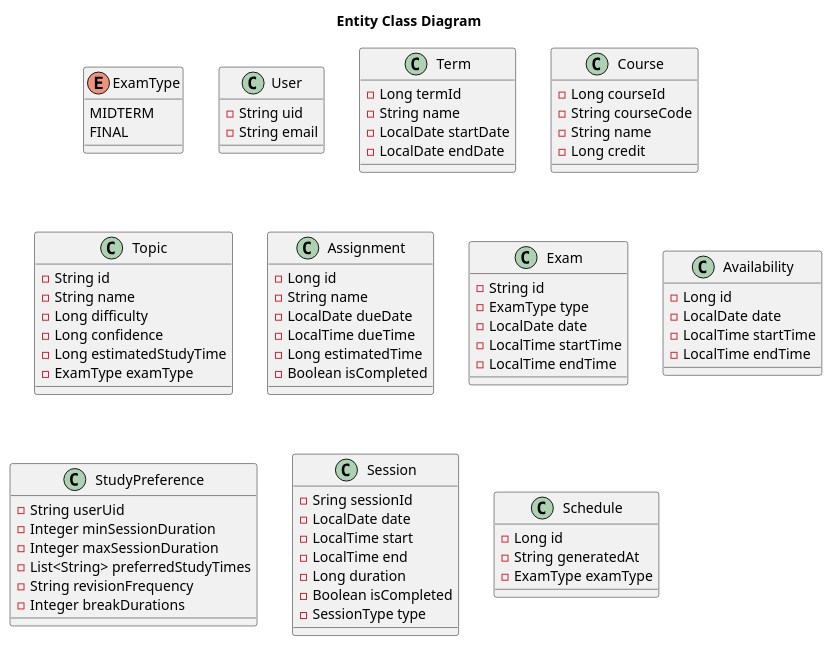
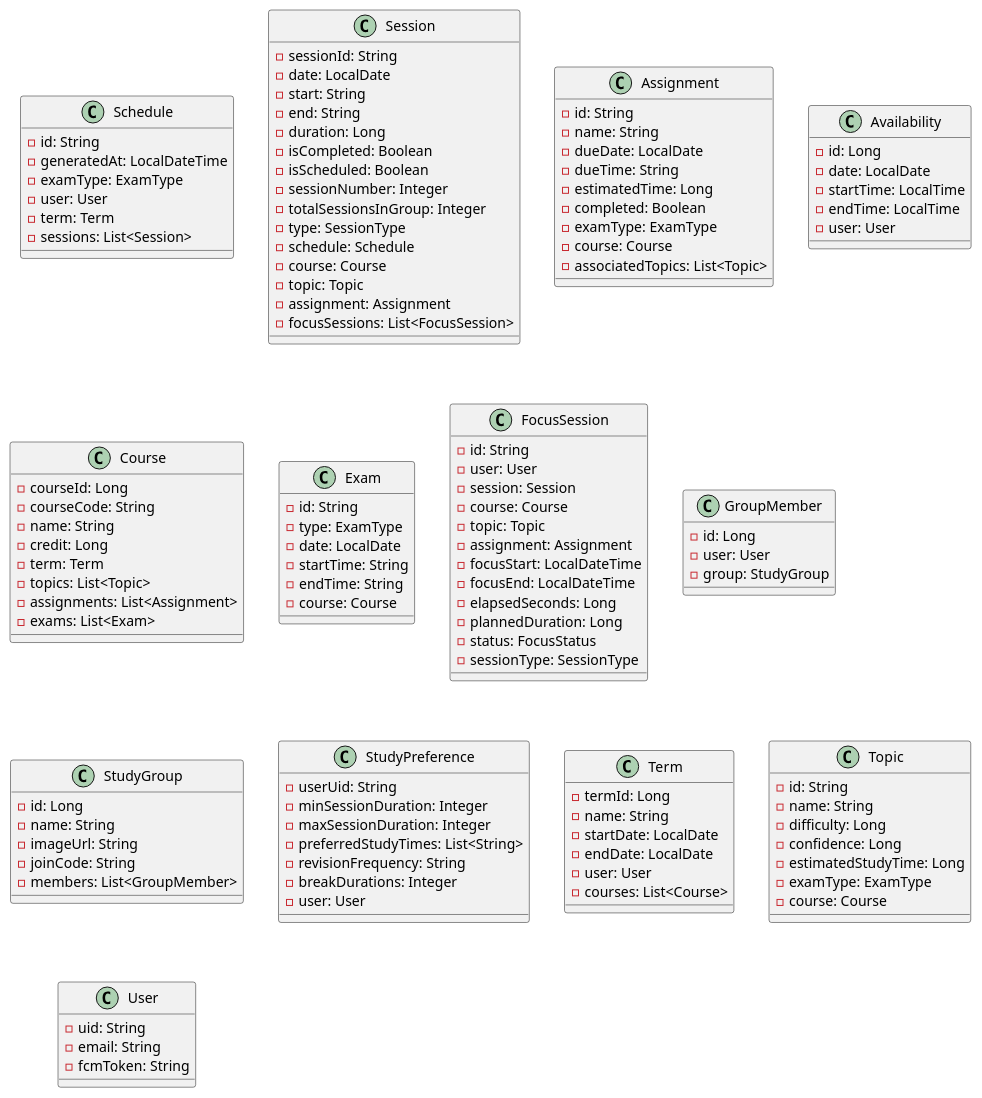
Before and after one commit to keerati5003/PlanMate-Diagram: the diagram in entity.puml, drawn with PlantUML. The commit also changed 3 other files, not shown here.

Commit message:
update diagram final progress

```diff
--- a/entity.puml
+++ b/entity.puml
@@ -1,86 +1,134 @@
 @startuml
-title Entity Class Diagram
 
-enum ExamType {
-    MIDTERM
-    FINAL
+class Schedule {
+    - id: String
+    - generatedAt: LocalDateTime
+    - examType: ExamType
+    - user: User
+    - term: Term
+    - sessions: List<Session>
+}
+
+class Session {
+    - sessionId: String
+    - date: LocalDate
+    - start: String
+    - end: String
+    - duration: Long
+    - isCompleted: Boolean
+    - isScheduled: Boolean
+    - sessionNumber: Integer
+    - totalSessionsInGroup: Integer
+    - type: SessionType
+    - schedule: Schedule
+    - course: Course
+    - topic: Topic
+    - assignment: Assignment
+    - focusSessions: List<FocusSession>
+}
+
+class Assignment {
+    - id: String
+    - name: String
+    - dueDate: LocalDate
+    - dueTime: String
+    - estimatedTime: Long
+    - completed: Boolean
+    - examType: ExamType
+    - course: Course
+    - associatedTopics: List<Topic>
+}
+
+class Availability {
+    - id: Long
+    - date: LocalDate
+    - startTime: LocalTime
+    - endTime: LocalTime
+    - user: User
+}
+
+class Course {
+    - courseId: Long
+    - courseCode: String
+    - name: String
+    - credit: Long
+    - term: Term
+    - topics: List<Topic>
+    - assignments: List<Assignment>
+    - exams: List<Exam>
+}
+
+class Exam {
+    - id: String
+    - type: ExamType
+    - date: LocalDate
+    - startTime: String
+    - endTime: String
+    - course: Course
+}
+
+class FocusSession {
+    - id: String
+    - user: User
+    - session: Session
+    - course: Course
+    - topic: Topic
+    - assignment: Assignment
+    - focusStart: LocalDateTime
+    - focusEnd: LocalDateTime
+    - elapsedSeconds: Long
+    - plannedDuration: Long
+    - status: FocusStatus
+    - sessionType: SessionType
+}
+
+class GroupMember {
+    - id: Long
+    - user: User
+    - group: StudyGroup
+}
+
+class StudyGroup {
+    - id: Long
+    - name: String
+    - imageUrl: String
+    - joinCode: String
+    - members: List<GroupMember>
+}
+
+class StudyPreference {
+    - userUid: String
+    - minSessionDuration: Integer
+    - maxSessionDuration: Integer
+    - preferredStudyTimes: List<String>
+    - revisionFrequency: String
+    - breakDurations: Integer
+    - user: User
+}
+
+class Term {
+    - termId: Long
+    - name: String
+    - startDate: LocalDate
+    - endDate: LocalDate
+    - user: User
+    - courses: List<Course>
+}
+
+class Topic {
+    - id: String
+    - name: String
+    - difficulty: Long
+    - confidence: Long
+    - estimatedStudyTime: Long
+    - examType: ExamType
+    - course: Course
 }
 
 class User {
-    - String uid
-    - String email
-}
-
-class Term {
-    - Long termId
-    - String name
-    - LocalDate startDate
-    - LocalDate endDate
-}
-
-class Course {
-    - Long courseId
-    - String courseCode
-    - String name
-    - Long credit
-}
-
-class Topic {
-    - String id
-    - String name
-    - Long difficulty
-    - Long confidence
-    - Long estimatedStudyTime
-    - ExamType examType
-}
-
-class Assignment {
-    - Long id
-    - String name
-    - LocalDate dueDate
-    - LocalTime dueTime
-    - Long estimatedTime
-    - Boolean isCompleted
-}
-
-class Exam {
-    - String id
-    - ExamType type
-    - LocalDate date
-    - LocalTime startTime
-    - LocalTime endTime
-}
-
-class Availability {
-    - Long id
-    - LocalDate date
-    - LocalTime startTime
-    - LocalTime endTime
-}
-
-class StudyPreference {
-    - String userUid
-    - Integer minSessionDuration
-    - Integer maxSessionDuration
-    - List<String> preferredStudyTimes
-    - String revisionFrequency
-    - Integer breakDurations
-}
-
-class Session {
-    - Sring sessionId
-    - LocalDate date
-    - LocalTime start
-    - LocalTime end
-    - Long duration
-    - Boolean isCompleted
-    - SessionType type
-}
-
-class Schedule {
-    - Long id
-    - String generatedAt
-    - ExamType examType
+    - uid: String
+    - email: String
+    - fcmToken: String
 }
 
 @enduml
```
